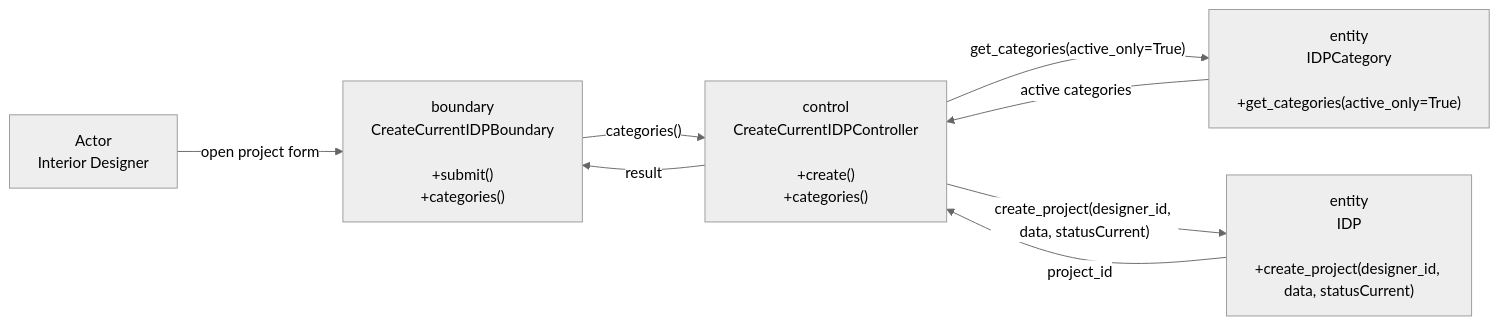
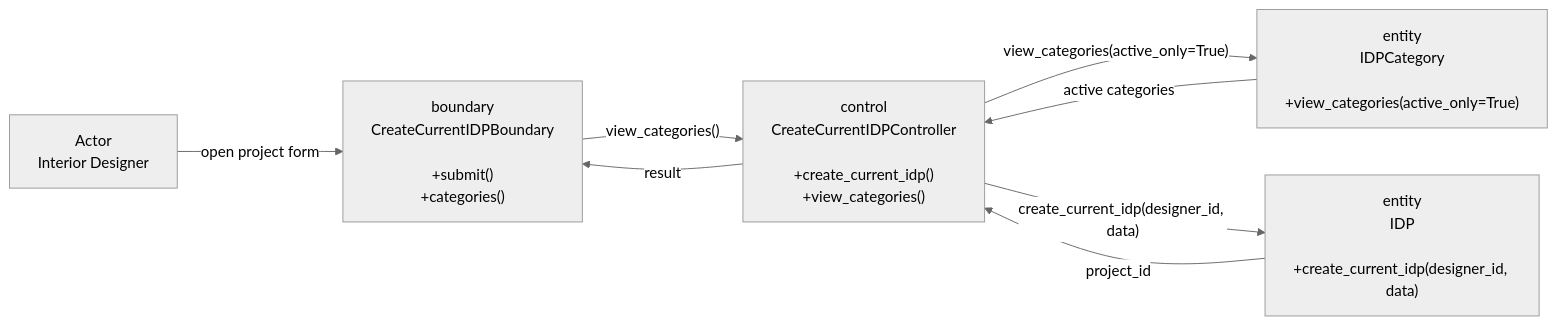
One commit to boyinapuddle/CSIT314-Chinese changed the first of 2 diagrams in diagrams/US20_Create_Current_IDP/README.md. Above: the diagram before and after it, drawn with Mermaid (neutral theme). The commit also changed other lines of this file and 140 other files, not shown here.

````diff
--- a/diagrams/US20_Create_Current_IDP/README.md
+++ b/diagrams/US20_Create_Current_IDP/README.md
@@ -5,15 +5,15 @@
 ```mermaid
 flowchart LR
     N0["Actor<br/>Interior Designer"]
     N1["boundary<br/>CreateCurrentIDPBoundary<br/><br/>+submit()<br/>+categories()"]
-    N2["control<br/>CreateCurrentIDPController<br/><br/>+create()<br/>+categories()"]
-    N3["entity<br/>IDP<br/><br/>+create_project(designer_id, data, statusCurrent)"]
-    N4["entity<br/>IDPCategory<br/><br/>+get_categories(active_only=True)"]
+    N2["control<br/>CreateCurrentIDPController<br/><br/>+create_current_idp()<br/>+view_categories()"]
+    N3["entity<br/>IDP<br/><br/>+create_current_idp(designer_id, data)"]
+    N4["entity<br/>IDPCategory<br/><br/>+view_categories(active_only=True)"]
     N0 -->|"open project form"| N1
-    N1 -->|"categories()"| N2
-    N2 -->|"get_categories(active_only=True)"| N4
+    N1 -->|"view_categories()"| N2
+    N2 -->|"view_categories(active_only=True)"| N4
     N4 -->|"active categories"| N2
-    N2 -->|"create_project(designer_id, data, statusCurrent)"| N3
+    N2 -->|"create_current_idp(designer_id, data)"| N3
     N3 -->|"project_id"| N2
     N2 -->|"result"| N1
 ```
````
